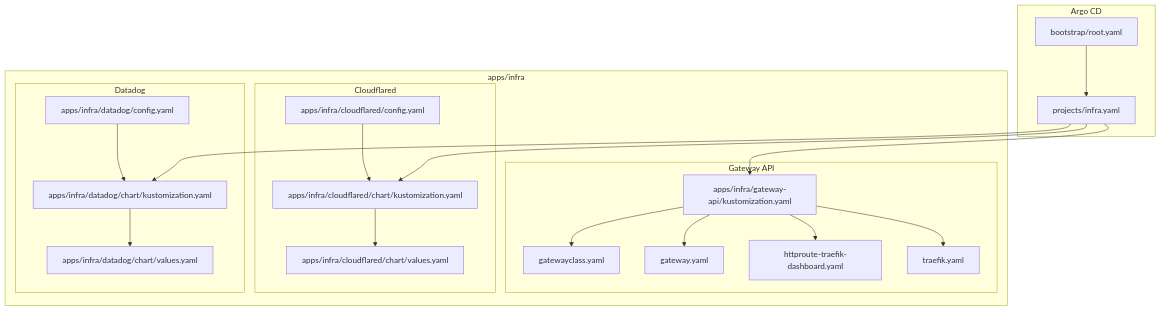
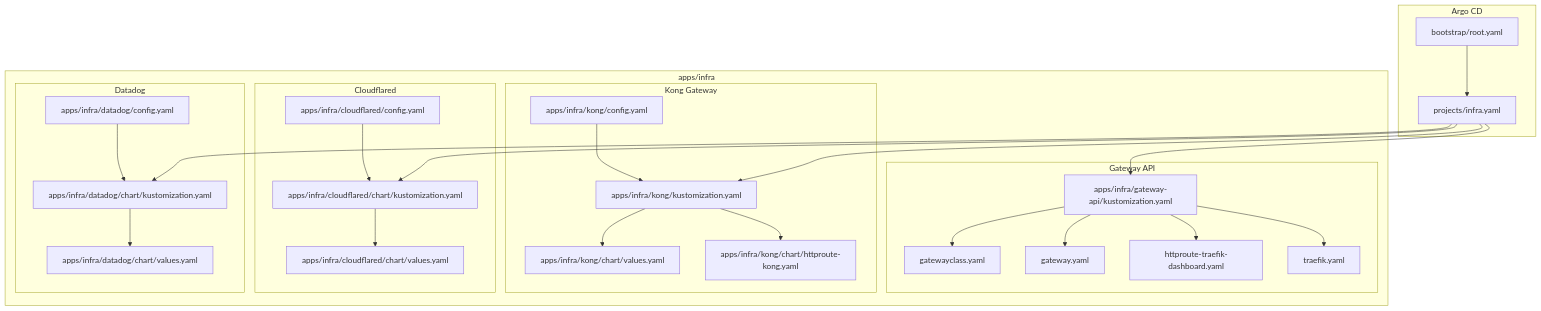
Before and after one commit to Hoangvu75/k8s_manifest: the first of 7 diagrams in .qoder/repowiki/en/content/Infrastructure Applications/Infrastructure Applications.md, drawn with Mermaid. The commit also changed other lines of this file and 4 other files, not shown here.

````diff
--- a/.qoder/repowiki/en/content/Infrastructure Applications/Infrastructure Applications.md
+++ b/.qoder/repowiki/en/content/Infrastructure Applications/Infrastructure Applications.md
@@ -48,38 +62,48 @@
 ```mermaid
 graph TB
 subgraph "Argo CD"
 ROOT["bootstrap/root.yaml"]
 INFRA_PROJECT["projects/infra.yaml"]
 end
 subgraph "apps/infra"
 subgraph "Gateway API"
 GWC["gatewayclass.yaml"]
 GW["gateway.yaml"]
 HR["httproute-traefik-dashboard.yaml"]
 TR["traefik.yaml"]
 GK["apps/infra/gateway-api/kustomization.yaml"]
 end
+subgraph "Kong Gateway"
+KONG_VALUES["apps/infra/kong/chart/values.yaml"]
+KONG_HR["apps/infra/kong/chart/httproute-kong.yaml"]
+KONG_CFG["apps/infra/kong/config.yaml"]
+KONG_K["apps/infra/kong/kustomization.yaml"]
+end
 subgraph "Cloudflared"
 CF_VALUES["apps/infra/cloudflared/chart/values.yaml"]
 CF_K["apps/infra/cloudflared/chart/kustomization.yaml"]
 CF_CFG["apps/infra/cloudflared/config.yaml"]
 end
 subgraph "Datadog"
 DD_VALUES["apps/infra/datadog/chart/values.yaml"]
 DD_K["apps/infra/datadog/chart/kustomization.yaml"]
 DD_CFG["apps/infra/datadog/config.yaml"]
 end
 end
 ROOT --> INFRA_PROJECT
 INFRA_PROJECT --> GK
+INFRA_PROJECT --> KONG_K
 INFRA_PROJECT --> CF_K
 INFRA_PROJECT --> DD_K
 GK --> GWC
 GK --> GW
 GK --> HR
 GK --> TR
+KONG_K --> KONG_VALUES
+KONG_K --> KONG_HR
+KONG_CFG --> KONG_K
 CF_K --> CF_VALUES
 CF_CFG --> CF_K
 DD_K --> DD_VALUES
 DD_CFG --> DD_K
 ```
````
